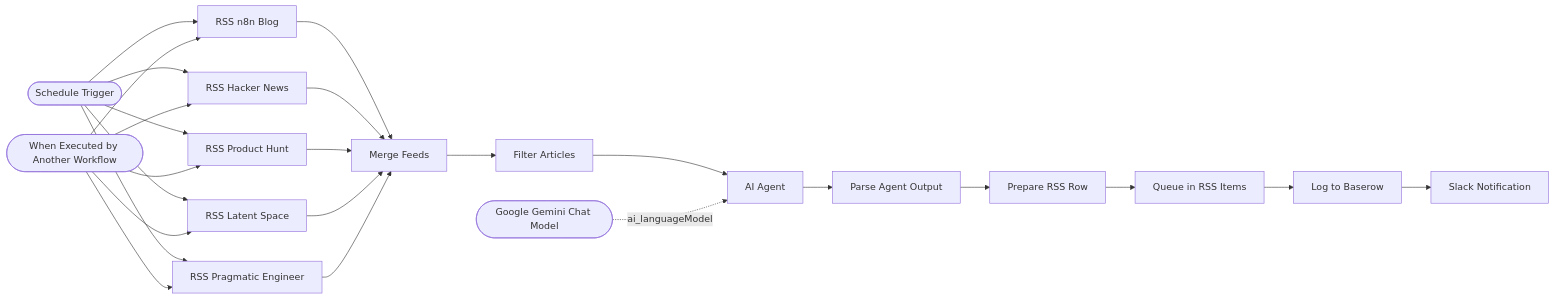
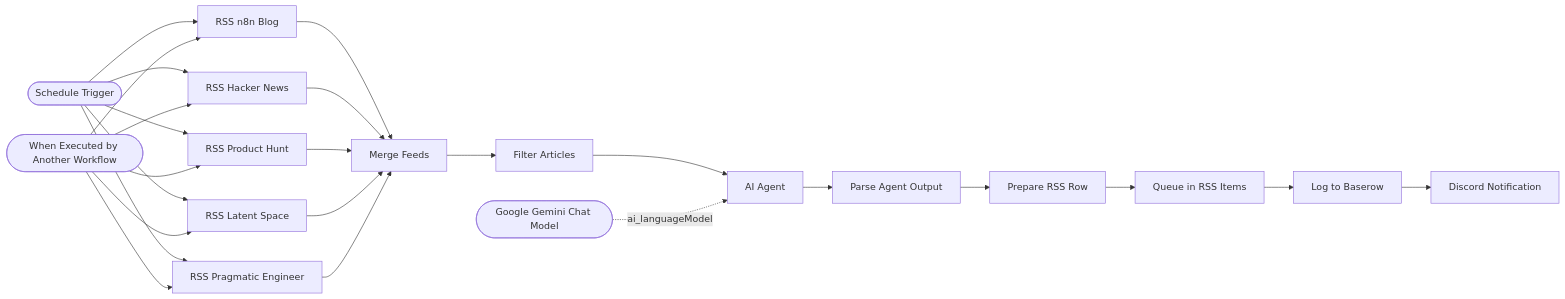
Before and after one commit to whybothercoding/n8n-smb-workflows: the diagram in workflows/newsletter/stacksignal-weekly-draft-generator/README.md, drawn with Mermaid. The commit also changed other lines of this file and 18 other files, not shown here.

````diff
--- a/workflows/newsletter/stacksignal-weekly-draft-generator/README.md
+++ b/workflows/newsletter/stacksignal-weekly-draft-generator/README.md
@@ -41,42 +41,42 @@
 ```mermaid
 flowchart LR
     n0(["Schedule Trigger"])
     n1(["When Executed by Another Workflow"])
     n2["RSS n8n Blog"]
     n3["RSS Hacker News"]
     n4["RSS Product Hunt"]
     n5["RSS Latent Space"]
     n6["RSS Pragmatic Engineer"]
     n7["Merge Feeds"]
     n8["Filter Articles"]
     n9["AI Agent"]
     n10(["Google Gemini Chat Model"])
     n11["Parse Agent Output"]
     n12["Prepare RSS Row"]
     n13["Queue in RSS Items"]
     n14["Log to Baserow"]
-    n15["Slack Notification"]
+    n15["Discord Notification"]
     n0 --> n2
     n0 --> n3
     n0 --> n4
     n0 --> n5
     n0 --> n6
     n1 --> n2
     n1 --> n3
     n1 --> n4
     n1 --> n5
     n1 --> n6
     n2 --> n7
     n3 --> n7
     n4 --> n7
     n5 --> n7
     n6 --> n7
     n7 --> n8
     n8 --> n9
     n10 -. ai_languageModel .-> n9
     n9 --> n11
     n11 --> n12
     n12 --> n13
     n13 --> n14
     n14 --> n15
 ```
````
